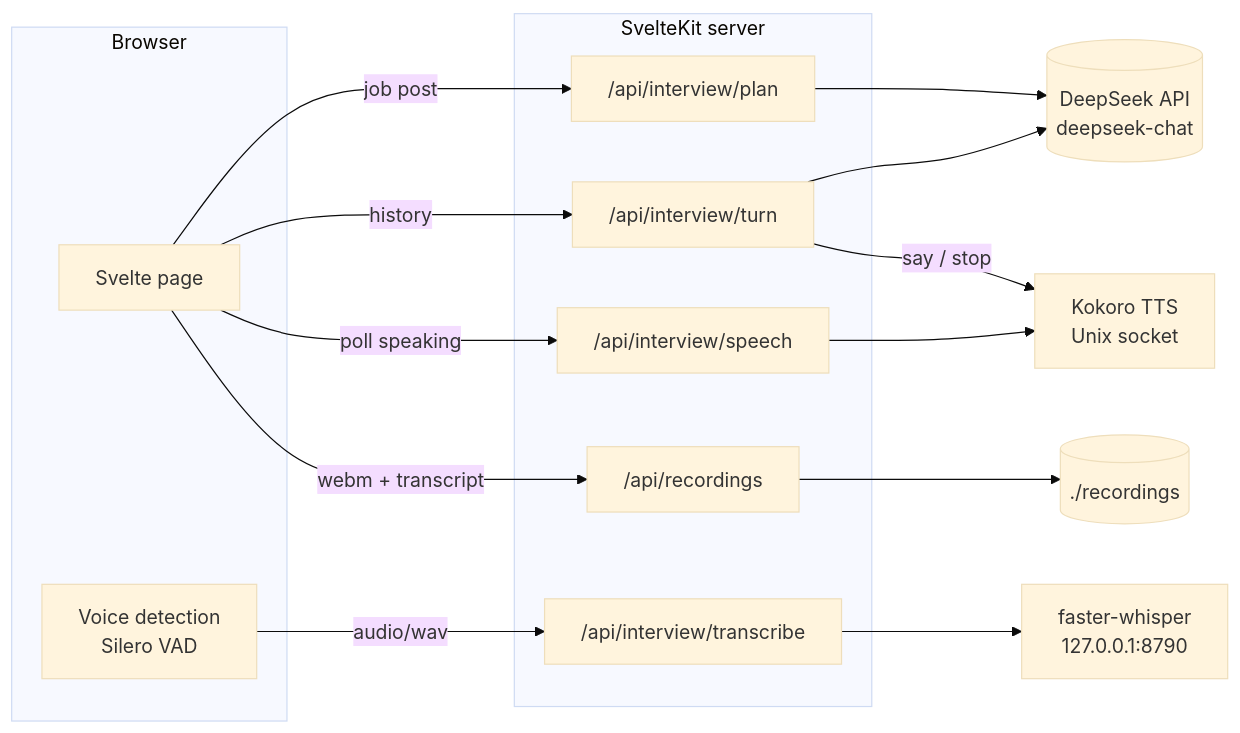
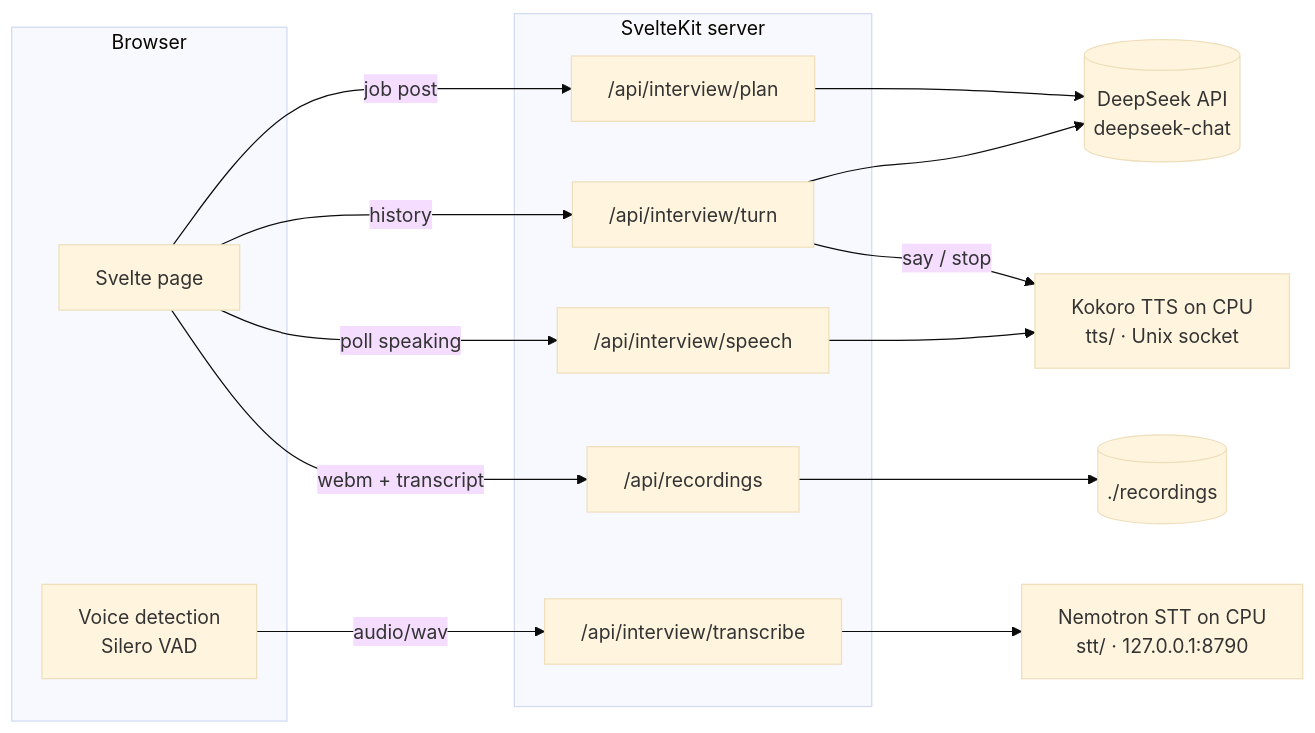
The first of 2 diagrams in docs/architecture.md (datnguyen1215/interview-prepare), drawn with Mermaid (base theme) before and after one commit. The commit also changed other lines of this file and 2 other files, not shown here.

Commit message:
Document self-contained CPU voice servers

````diff
--- a/docs/architecture.md
+++ b/docs/architecture.md
@@ -3,25 +3,25 @@
 ```mermaid
 flowchart LR
     subgraph Browser
         UI[Svelte page]
         VAD[Voice detection<br/>Silero VAD]
     end
     subgraph Server[SvelteKit server]
         PLAN["/api/interview/plan"]
         TURN["/api/interview/turn"]
         SPEECH["/api/interview/speech"]
         STT["/api/interview/transcribe"]
         REC["/api/recordings"]
     end
     DS[(DeepSeek API<br/>deepseek-chat)]
-    KOK[Kokoro TTS<br/>Unix socket]
-    WH[faster-whisper<br/>127.0.0.1:8790]
+    KOK[Kokoro TTS on CPU<br/>tts/ · Unix socket]
+    WH[Nemotron STT on CPU<br/>stt/ · 127.0.0.1:8790]
     FS[(./recordings)]
 
     UI -- job post --> PLAN --> DS
     UI -- history --> TURN --> DS
     TURN -- say / stop --> KOK
     UI -- poll speaking --> SPEECH --> KOK
     VAD -- audio/wav --> STT --> WH
     UI -- webm + transcript --> REC --> FS
 ```
````
